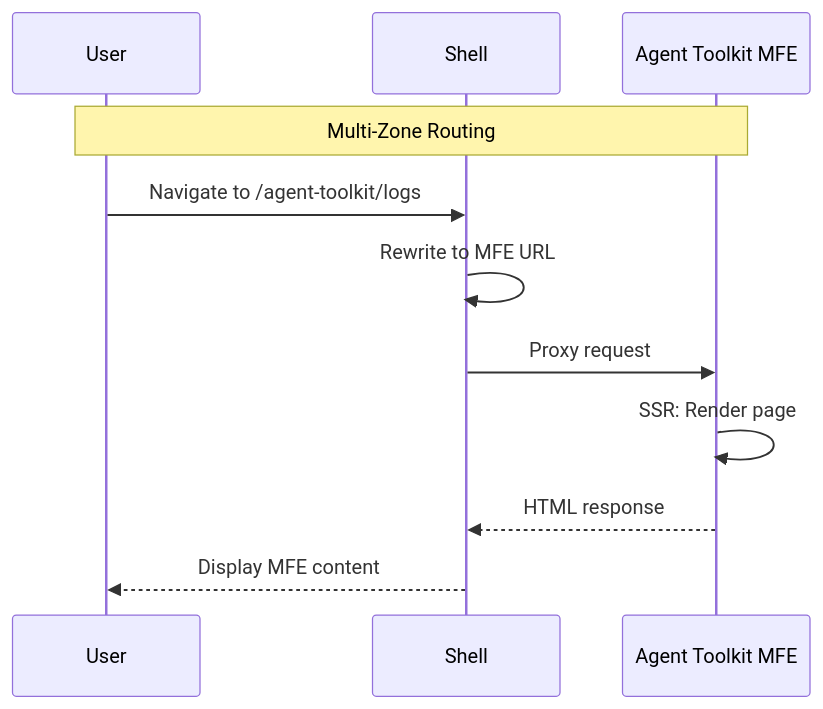
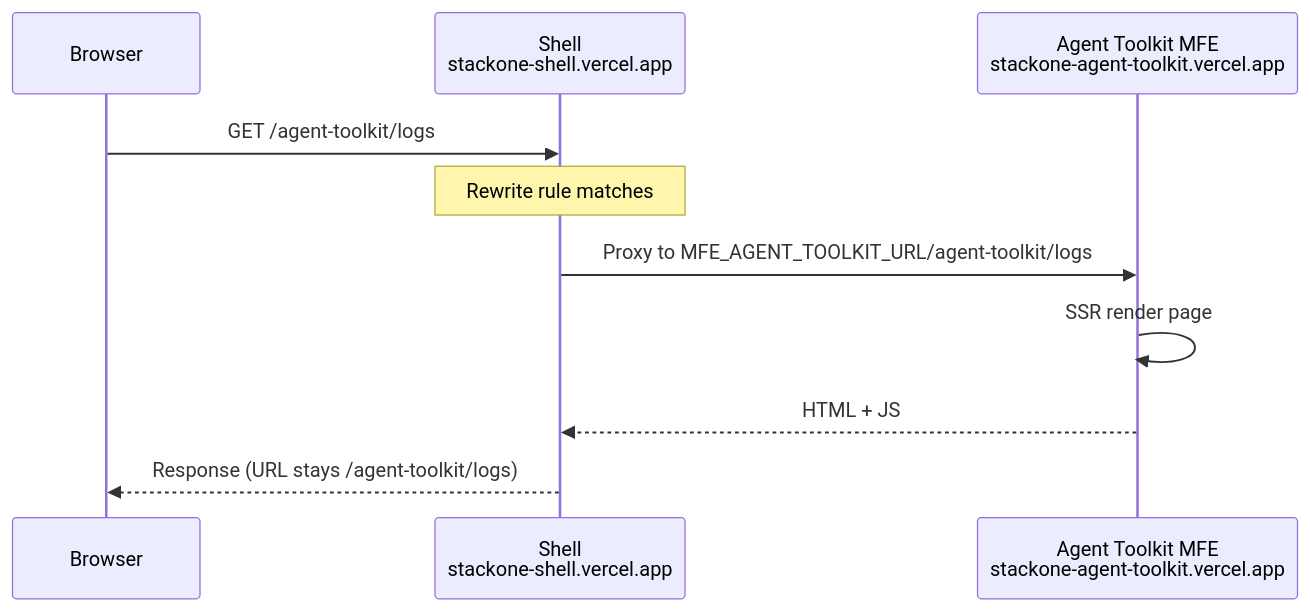
The first of 2 diagrams in README.md (fr0mpy/so-log-db), drawn with Mermaid before and after one commit. The commit also changed other lines of this file, not shown here.

First line of the commit message:
docs: update README with architecture details and navigation patterns

````diff
--- a/README.md
+++ b/README.md
@@ -43,14 +419,13 @@
 ```mermaid
 sequenceDiagram
-    participant User
-    participant Shell
-    participant MFE as Agent Toolkit MFE
+    participant Browser
+    participant Shell as Shell<br/>stackone-shell.vercel.app
+    participant MFE as Agent Toolkit MFE<br/>stackone-agent-toolkit.vercel.app
 
-    Note over User,MFE: Multi-Zone Routing
-    User->>Shell: Navigate to /agent-toolkit/logs
-    Shell->>Shell: Rewrite to MFE URL
-    Shell->>MFE: Proxy request
-    MFE->>MFE: SSR: Render page
-    MFE-->>Shell: HTML response
-    Shell-->>User: Display MFE content
+    Browser->>Shell: GET /agent-toolkit/logs
+    Note over Shell: Rewrite rule matches
+    Shell->>MFE: Proxy to MFE_AGENT_TOOLKIT_URL/agent-toolkit/logs
+    MFE->>MFE: SSR render page
+    MFE-->>Shell: HTML + JS
+    Shell-->>Browser: Response (URL stays /agent-toolkit/logs)
 ```
````
